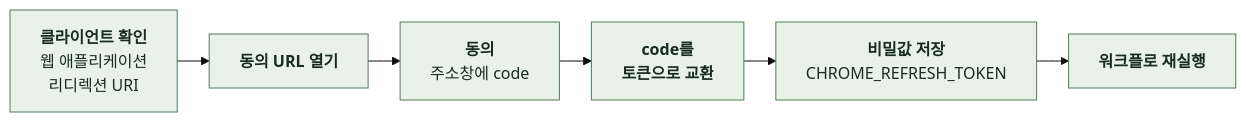
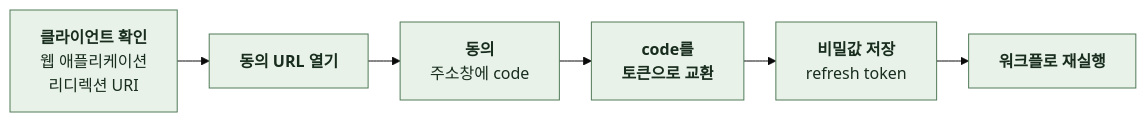
The second of 2 diagrams in docs/spec/7-6-STORE.md (kangkyunghyun/LinKHU), drawn with Mermaid (base theme) before and after one commit. The commit also changed other lines of this file and 15 other files, not shown here.

````diff
--- a/docs/spec/7-6-STORE.md
+++ b/docs/spec/7-6-STORE.md
@@ -104,12 +104,12 @@
 ```mermaid
 %%{init: {"flowchart": {"curve": "basis", "nodeSpacing": 24, "rankSpacing": 32}}}%%
 flowchart LR
     A["`**클라이언트 확인**
 웹 애플리케이션
 리디렉션 URI`"] --> B["`**동의 URL 열기**`"] --> C["`**동의**
 주소창에 code`"] --> D["`**code를
 토큰으로 교환**`"] --> E["`**비밀값 저장**
-CHROME_REFRESH_TOKEN`"] --> F["`**워크플로 재실행**`"]
+refresh token`"] --> F["`**워크플로 재실행**`"]
     classDef comp fill:#E8F2E8,stroke:#527A59,color:#182D1D
     class A,B,C,D,E,F comp
 ```
````
